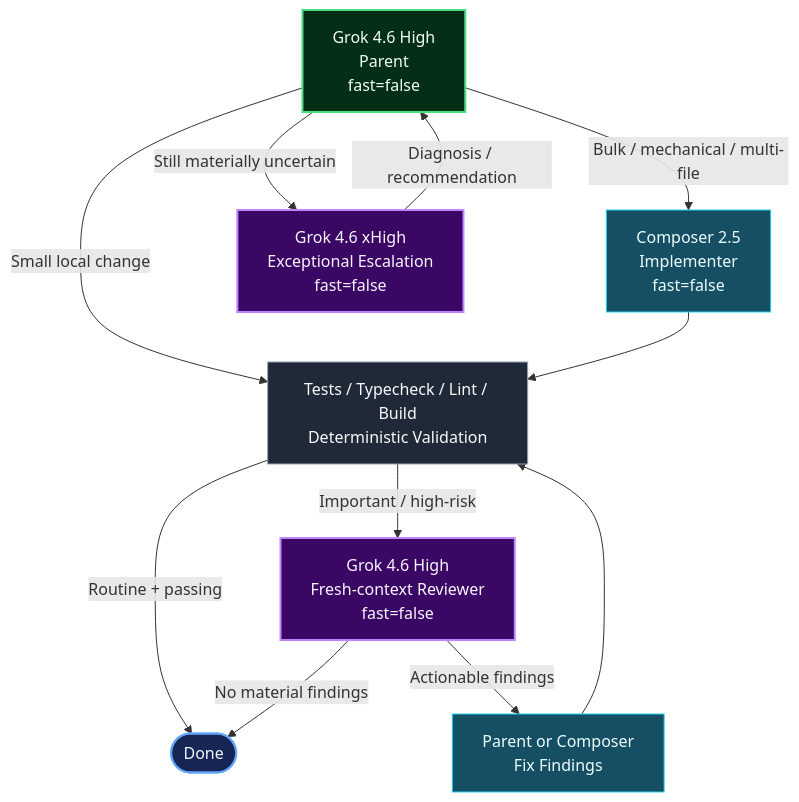
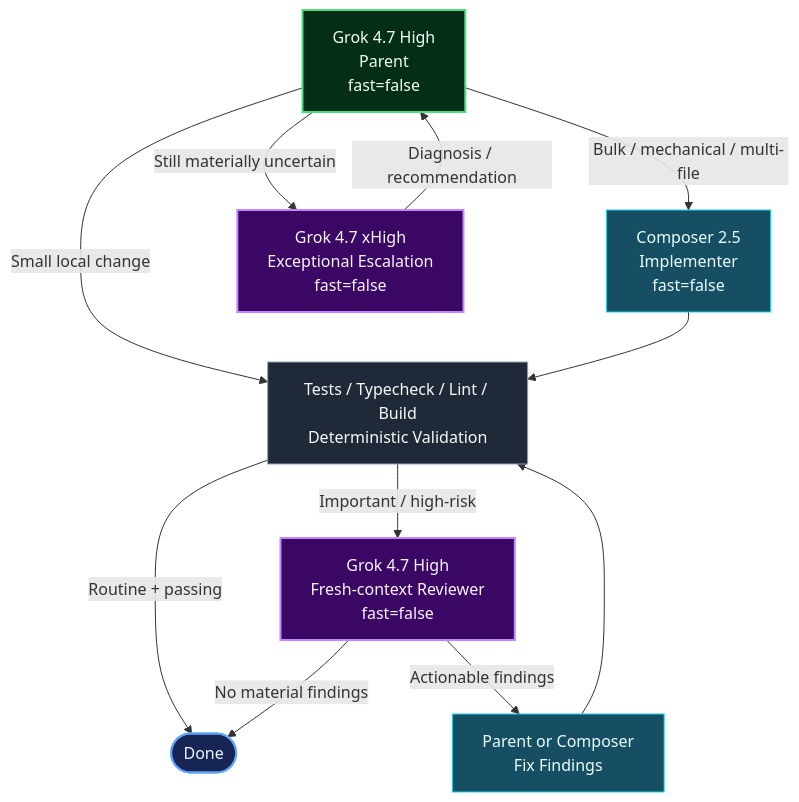
Before and after one commit to Mahdi451/ai-cli-dotfiles: the fourth of 5 diagrams in README.md, drawn with Mermaid. The commit also changed other lines of this file and 17 other files, not shown here.

Commit message:
Upgrade Groky to Grok 4.7 High and add prompt timing hooks.

````diff
--- a/README.md
+++ b/README.md
@@ -179,34 +179,34 @@
 ```mermaid
 flowchart TD
-    G[Grok 4.6 High<br/>Parent<br/>fast=false]
+    G[Grok 4.7 High<br/>Parent<br/>fast=false]
     C[Composer 2.5<br/>Implementer<br/>fast=false]
     V[Tests / Typecheck / Lint / Build<br/>Deterministic Validation]
-    GH[Grok 4.6 High<br/>Fresh-context Reviewer<br/>fast=false]
-    GX[Grok 4.6 xHigh<br/>Exceptional Escalation<br/>fast=false]
+    GH[Grok 4.7 High<br/>Fresh-context Reviewer<br/>fast=false]
+    GX[Grok 4.7 xHigh<br/>Exceptional Escalation<br/>fast=false]
     FIX[Parent or Composer<br/>Fix Findings]
     DONE([Done])
 
     G -->|Small local change| V
     G -->|Bulk / mechanical / multi-file| C
     C --> V
     V -->|Routine + passing| DONE
 
     V -->|Important / high-risk| GH
     GH -->|No material findings| DONE
     GH -->|Actionable findings| FIX
     FIX --> V
 
     G -->|Still materially uncertain| GX
     GX -->|Diagnosis / recommendation| G
 
     classDef owner fill:#052e16,stroke:#4ade80,color:#f0fdf4,stroke-width:2px;
     classDef hands fill:#164e63,stroke:#22d3ee,color:#ecfeff;
     classDef grok fill:#3b0764,stroke:#c084fc,color:#faf5ff,stroke-width:2px;
     classDef verify fill:#1f2937,stroke:#94a3b8,color:#f8fafc;
     classDef done fill:#172554,stroke:#60a5fa,color:#eff6ff,stroke-width:2px;
     class G owner;
     class C,FIX hands;
     class GH,GX grok;
     class V verify;
     class DONE done;
 ```
````
